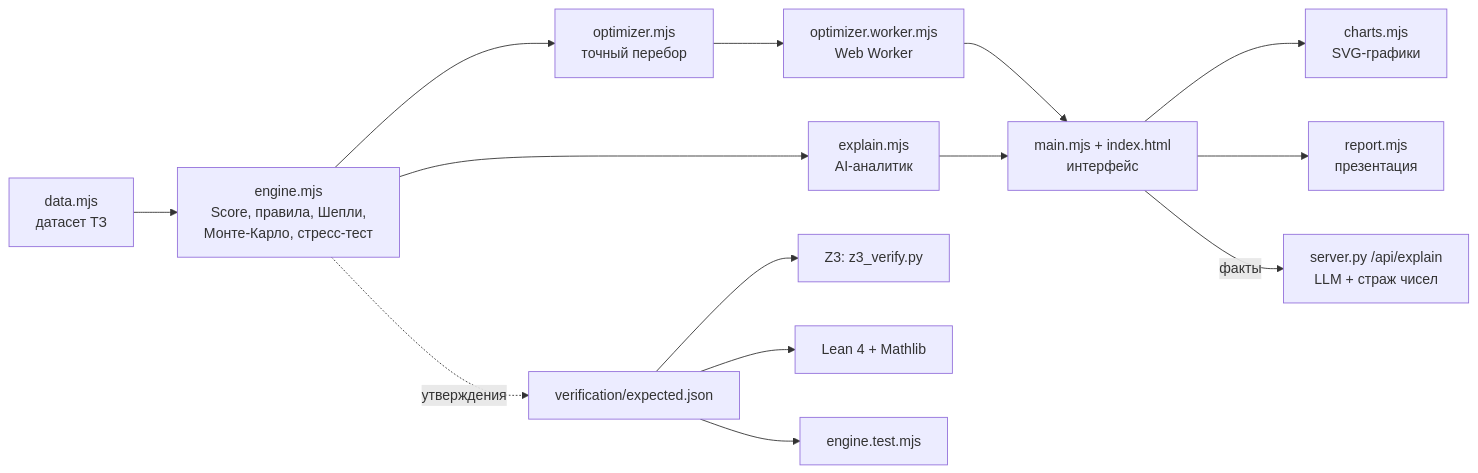
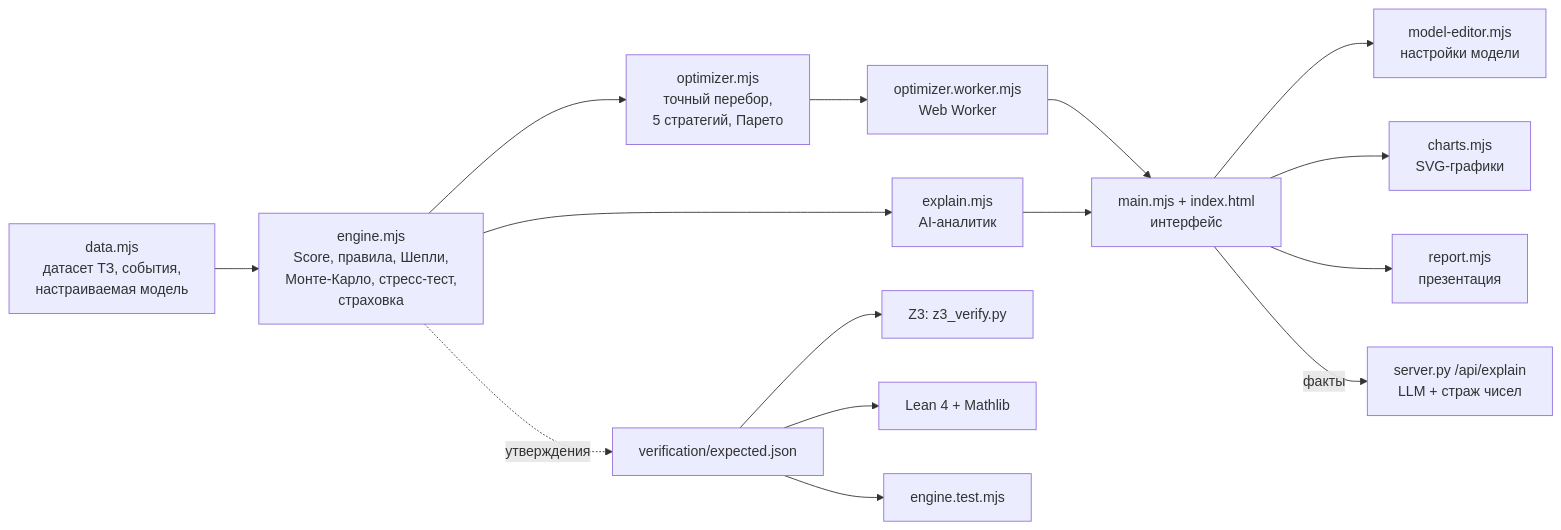
One commit to BAITC-Hacks/hack-ccf09524-bezbab changed the diagram in README.md. Above: the diagram before and after it, drawn with Mermaid. The commit also changed other lines of this file and 1 other file, not shown here.

````diff
--- a/README.md
+++ b/README.md
@@ -100,16 +192,17 @@
 ```mermaid
 flowchart LR
-  D[data.mjs<br/>датасет ТЗ] --> E[engine.mjs<br/>Score, правила, Шепли,<br/>Монте-Карло, стресс-тест]
-  E --> O[optimizer.mjs<br/>точный перебор]
+  D[data.mjs<br/>датасет ТЗ, события,<br/>настраиваемая модель] --> E[engine.mjs<br/>Score, правила, Шепли,<br/>Монте-Карло, стресс-тест,<br/>страховка]
+  E --> O[optimizer.mjs<br/>точный перебор,<br/>5 стратегий, Парето]
   O --> W[optimizer.worker.mjs<br/>Web Worker]
   E --> X[explain.mjs<br/>AI-аналитик]
   W --> UI[main.mjs + index.html<br/>интерфейс]
   X --> UI
+  UI --> ME[model-editor.mjs<br/>настройки модели]
   UI --> C[charts.mjs<br/>SVG-графики]
   UI --> R[report.mjs<br/>презентация]
   UI -- факты --> S[server.py /api/explain<br/>LLM + страж чисел]
   E -. утверждения .-> J[verification/expected.json]
   J --> Z[Z3: z3_verify.py]
   J --> L[Lean 4 + Mathlib]
   J --> T[engine.test.mjs]
 ```
````
